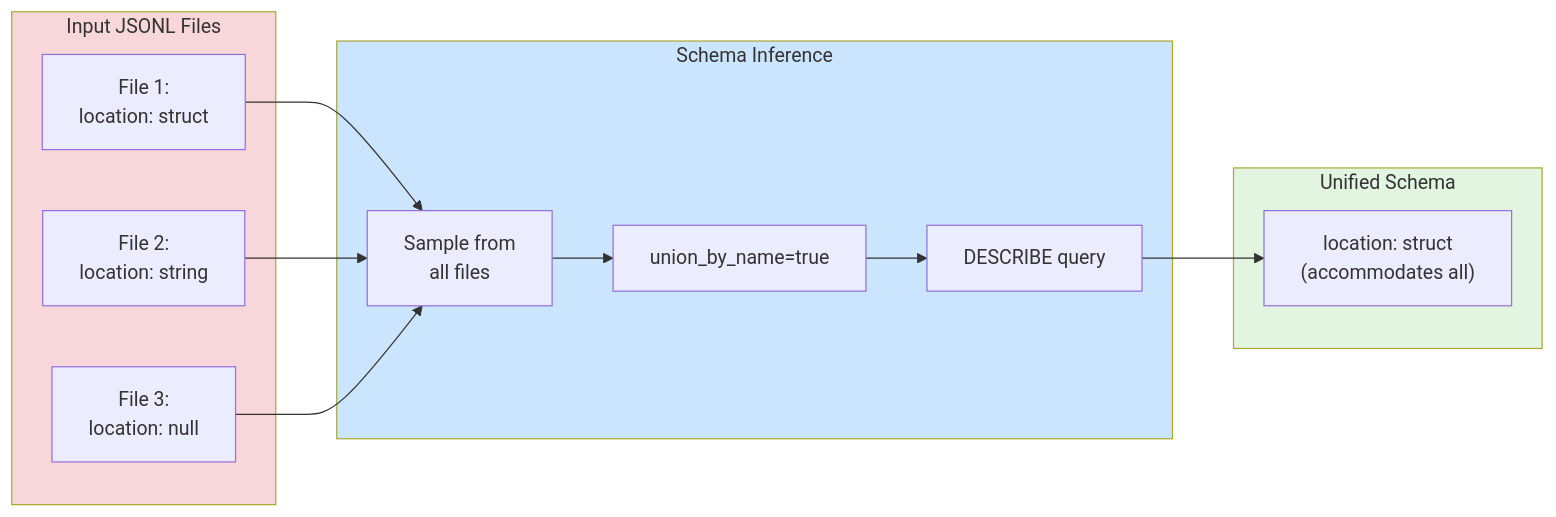
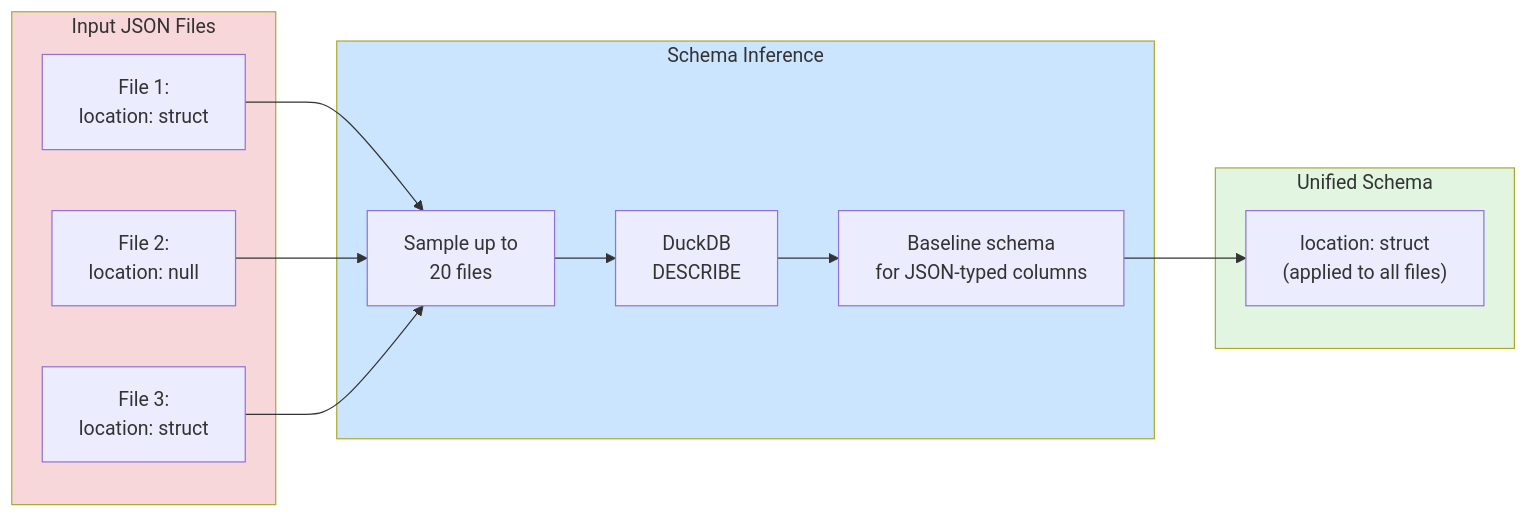
The sixth of 6 diagrams in vignettes/pro_request.qmd (openalexPro/openalexPro), drawn with Mermaid before and after one commit. The commit also changed other lines of this file and 7 other files, not shown here.

````diff
--- a/vignettes/pro_request.qmd
+++ b/vignettes/pro_request.qmd
@@ -793,29 +627,29 @@
 ```{mermaid}
 flowchart LR
-    subgraph Input[Input JSONL Files]
-        F1[File 1:<br/>location: struct]
-        F2[File 2:<br/>location: string]
-        F3[File 3:<br/>location: null]
+    subgraph Input[Input JSON Files]
+        F1["File 1:<br/>location: struct"]
+        F2["File 2:<br/>location: null"]
+        F3["File 3:<br/>location: struct"]
     end
 
     subgraph Schema[Schema Inference]
-        Sample[Sample from<br/>all files]
-        Union[union_by_name=true]
-        Describe[DESCRIBE query]
+        Sample[Sample up to<br/>20 files]
+        Describe[DuckDB<br/>DESCRIBE]
+        Baseline[Baseline schema<br/>for JSON-typed columns]
     end
 
     subgraph Output[Unified Schema]
-        Unified["location: struct<br/>(accommodates all)"]
+        Unified["location: struct<br/>(applied to all files)"]
     end
 
     F1 --> Sample
     F2 --> Sample
     F3 --> Sample
-    Sample --> Union
-    Union --> Describe
-    Describe --> Unified
+    Sample --> Describe
+    Describe --> Baseline
+    Baseline --> Unified
 
     style Input fill:#f8d7da
     style Schema fill:#cce5ff
     style Output fill:#e1f5e1
 ```
````
